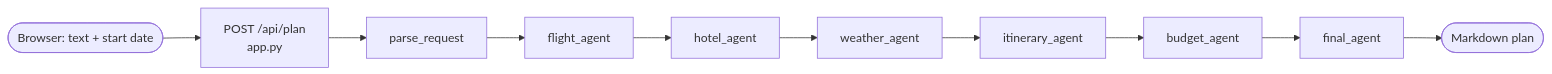
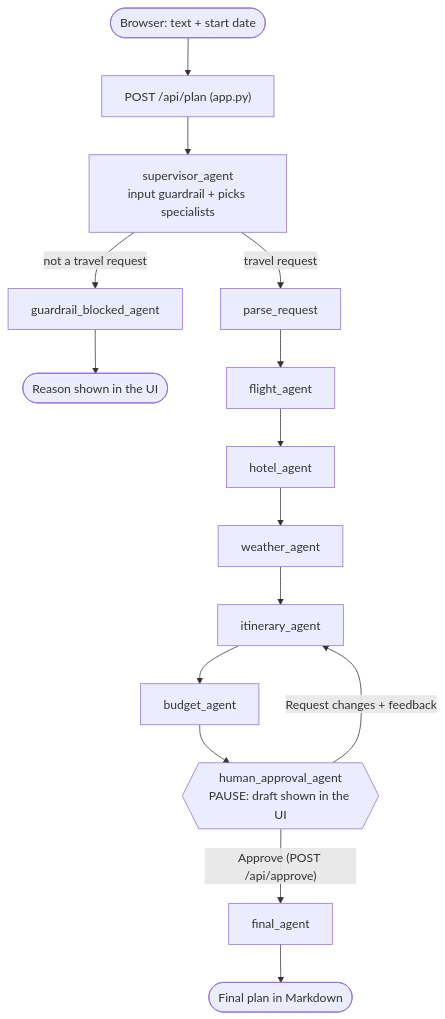
Before and after one commit to bsivavenu/tripmate_langgraph: the diagram in README.md, drawn with Mermaid. The commit also changed other lines of this file and 2 other files, not shown here.

First line of the commit message:
Update architecture diagram and README for supervisor, guardrail and approval flow

````diff
--- a/README.md
+++ b/README.md
@@ -40,12 +63,17 @@
 ```mermaid
-flowchart LR
-    A([Browser: text + start date]) --> B[POST /api/plan<br/>app.py]
-    B --> C[parse_request]
-    C --> D[flight_agent]
-    D --> E[hotel_agent]
-    E --> F[weather_agent]
-    F --> G[itinerary_agent]
-    G --> H[budget_agent]
-    H --> I[final_agent]
-    I --> J([Markdown plan])
+flowchart TD
+    A([Browser: text + start date]) --> B["POST /api/plan (app.py)"]
+    B --> S["supervisor_agent<br/>input guardrail + picks specialists"]
+    S -- "not a travel request" --> X["guardrail_blocked_agent"]
+    X --> R1([Reason shown in the UI])
+    S -- "travel request" --> P[parse_request]
+    P --> F[flight_agent]
+    F --> H[hotel_agent]
+    H --> W[weather_agent]
+    W --> I[itinerary_agent]
+    I --> BU[budget_agent]
+    BU --> HA{{"human_approval_agent<br/>PAUSE: draft shown in the UI"}}
+    HA -- "Approve (POST /api/approve)" --> FN[final_agent]
+    HA -- "Request changes + feedback" --> I
+    FN --> R2([Final plan in Markdown])
 ```
````
